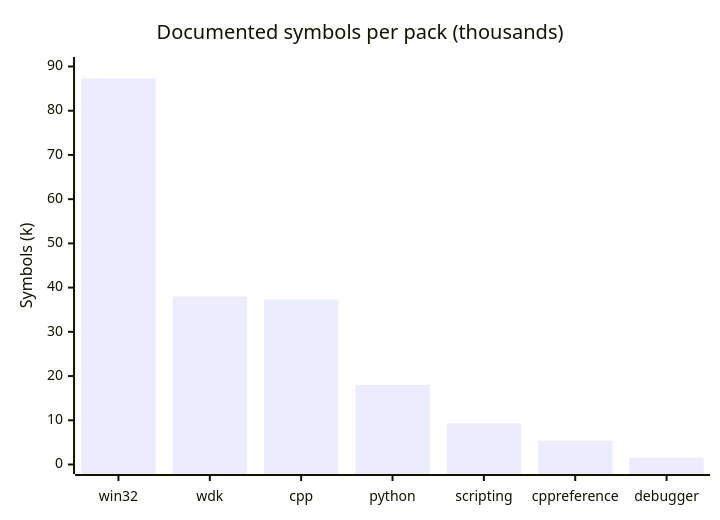
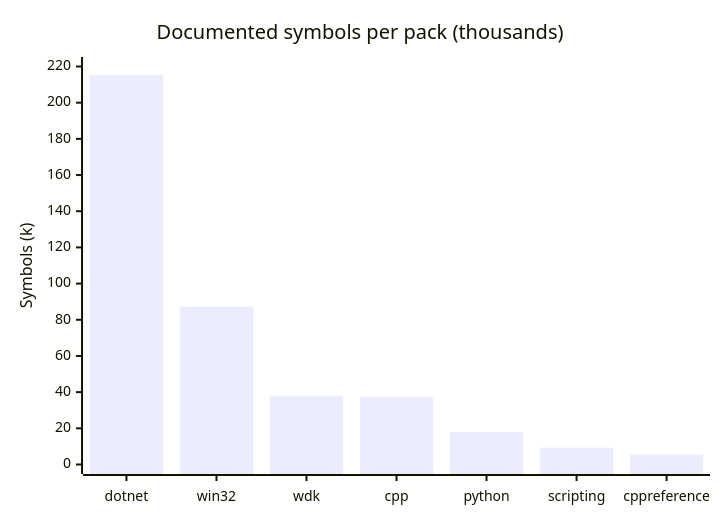
The second of 3 diagrams in README.md (Binchitects/argus), drawn with Mermaid before and after one commit. The commit also changed other lines of this file, not shown here.

````diff
--- a/README.md
+++ b/README.md
@@ -97,7 +97,7 @@
 ```mermaid
 xychart-beta
     title "Documented symbols per pack (thousands)"
-    x-axis ["win32", "wdk", "cpp", "python", "scripting", "cppreference", "debugger"]
-    y-axis "Symbols (k)" 0 --> 90
-    bar [87.3, 38.0, 37.3, 18.0, 9.3, 5.4, 1.5]
+    x-axis ["dotnet", "win32", "wdk", "cpp", "python", "scripting", "cppreference"]
+    y-axis "Symbols (k)" 0 --> 220
+    bar [215.3, 87.3, 38.0, 37.3, 18.0, 9.3, 5.4]
 ```
````
